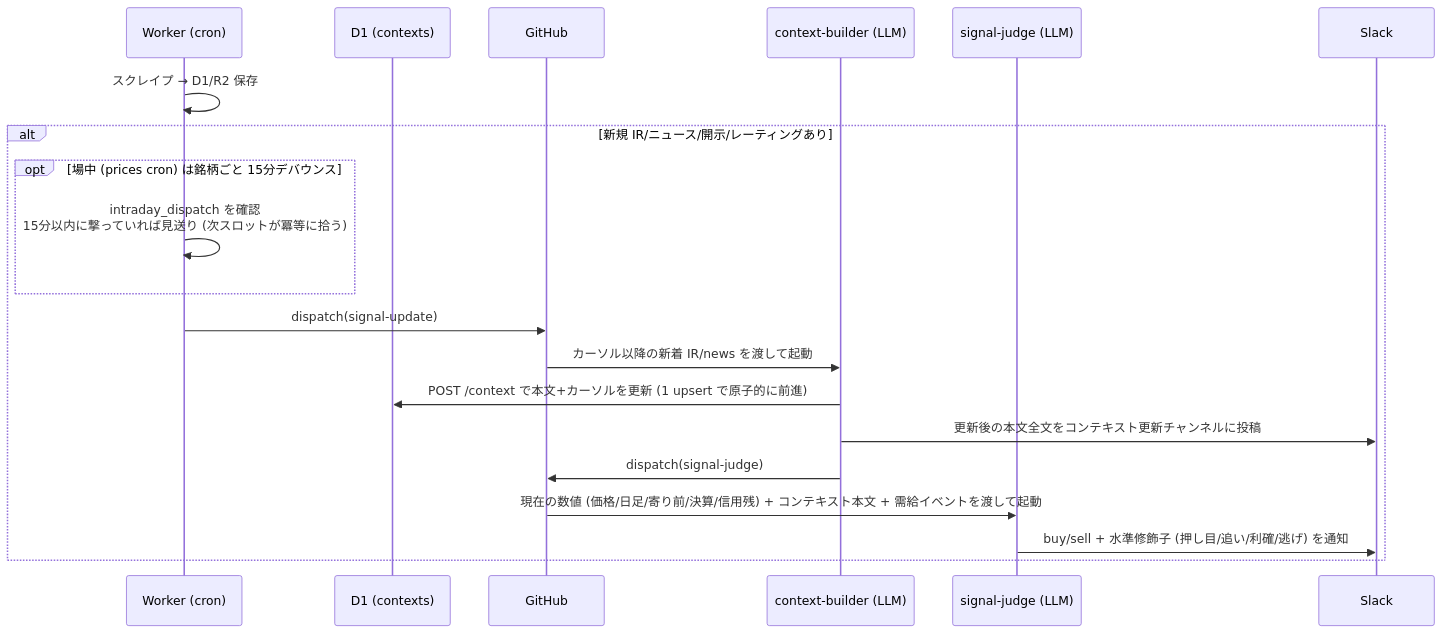
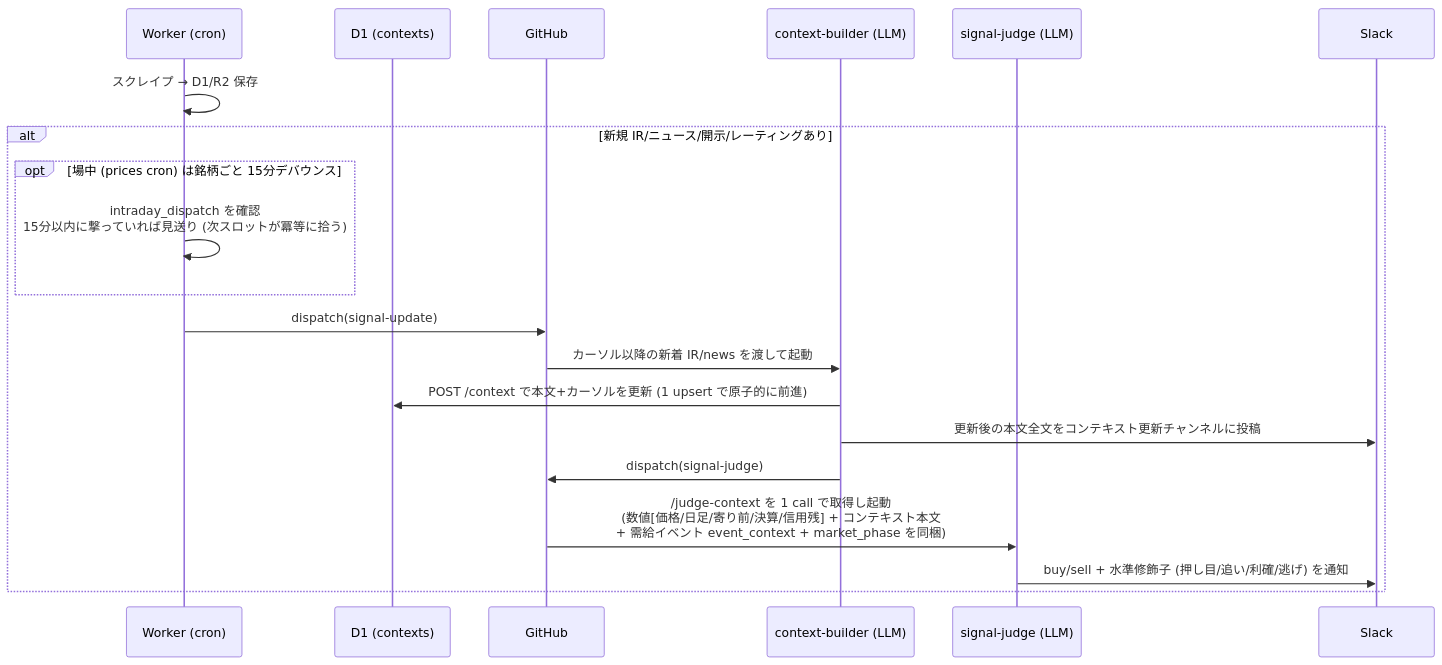
One commit to omni-stove/stock-signals changed the second of 4 diagrams in README.md. Above: the diagram before and after it, drawn with Mermaid. The commit also changed other lines of this file and 53 other files, not shown here.

````diff
--- a/README.md
+++ b/README.md
@@ -144,23 +138,23 @@
 ```mermaid
 sequenceDiagram
     participant W as Worker (cron)
     participant D1 as D1 (contexts)
     participant GH as GitHub
     participant CB as context-builder (LLM)
     participant SJ as signal-judge (LLM)
     participant SL as Slack
 
     W->>W: スクレイプ → D1/R2 保存
     alt 新規 IR/ニュース/開示/レーティングあり
         opt 場中 (prices cron) は銘柄ごと 15分デバウンス
             W->>W: intraday_dispatch を確認<br/>15分以内に撃っていれば見送り (次スロットが冪等に拾う)
         end
         W->>GH: dispatch(signal-update)
         GH->>CB: カーソル以降の新着 IR/news を渡して起動
         CB->>D1: POST /context で本文+カーソルを更新 (1 upsert で原子的に前進)
         CB->>SL: 更新後の本文全文をコンテキスト更新チャンネルに投稿
         CB->>GH: dispatch(signal-judge)
-        GH->>SJ: 現在の数値 (価格/日足/寄り前/決算/信用残) + コンテキスト本文 + 需給イベントを渡して起動
+        GH->>SJ: /judge-context を 1 call で取得し起動<br/>(数値[価格/日足/寄り前/決算/信用残] + コンテキスト本文<br/>+ 需給イベント event_context + market_phase を同梱)
         SJ->>SL: buy/sell + 水準修飾子 (押し目/追い/利確/逃げ) を通知
     end
 ```
````
